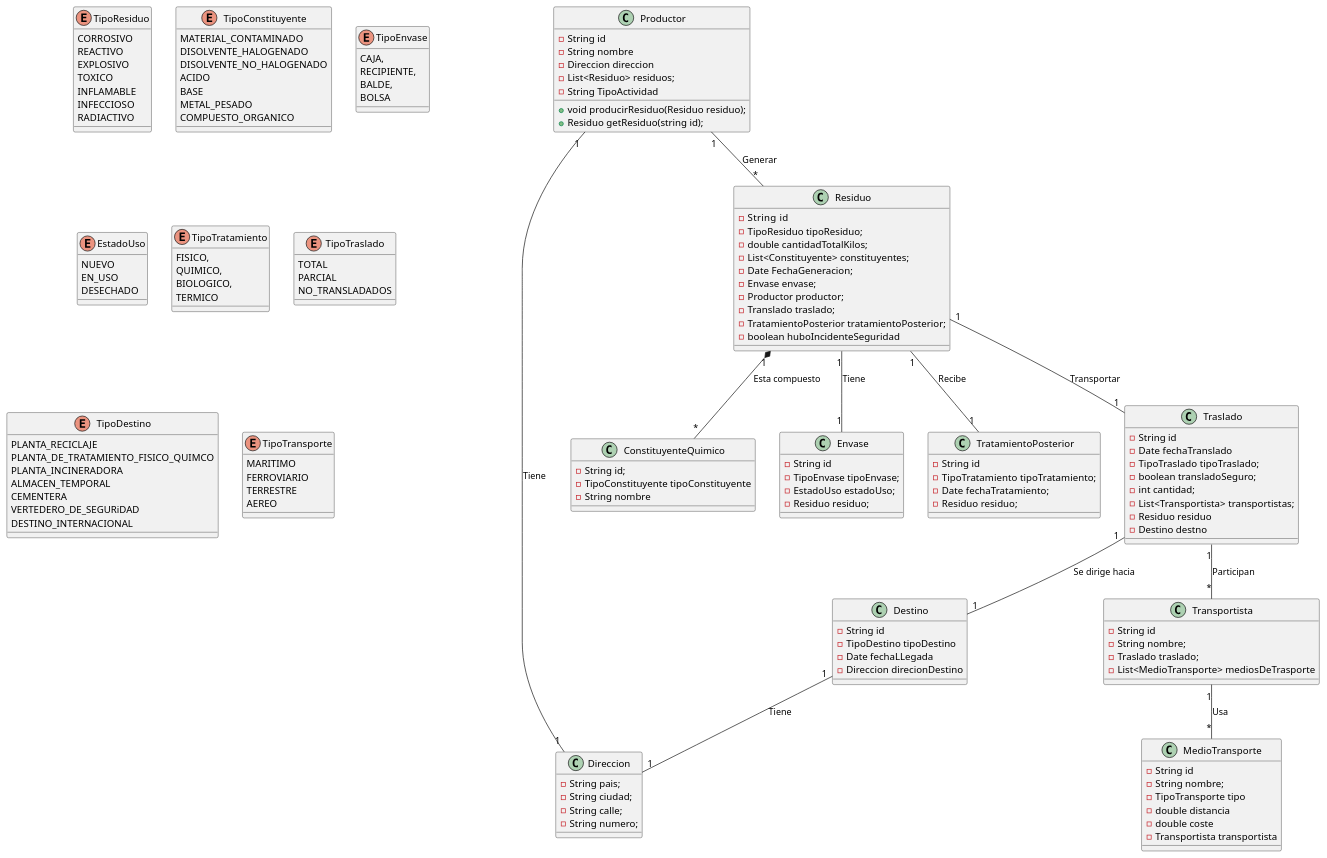
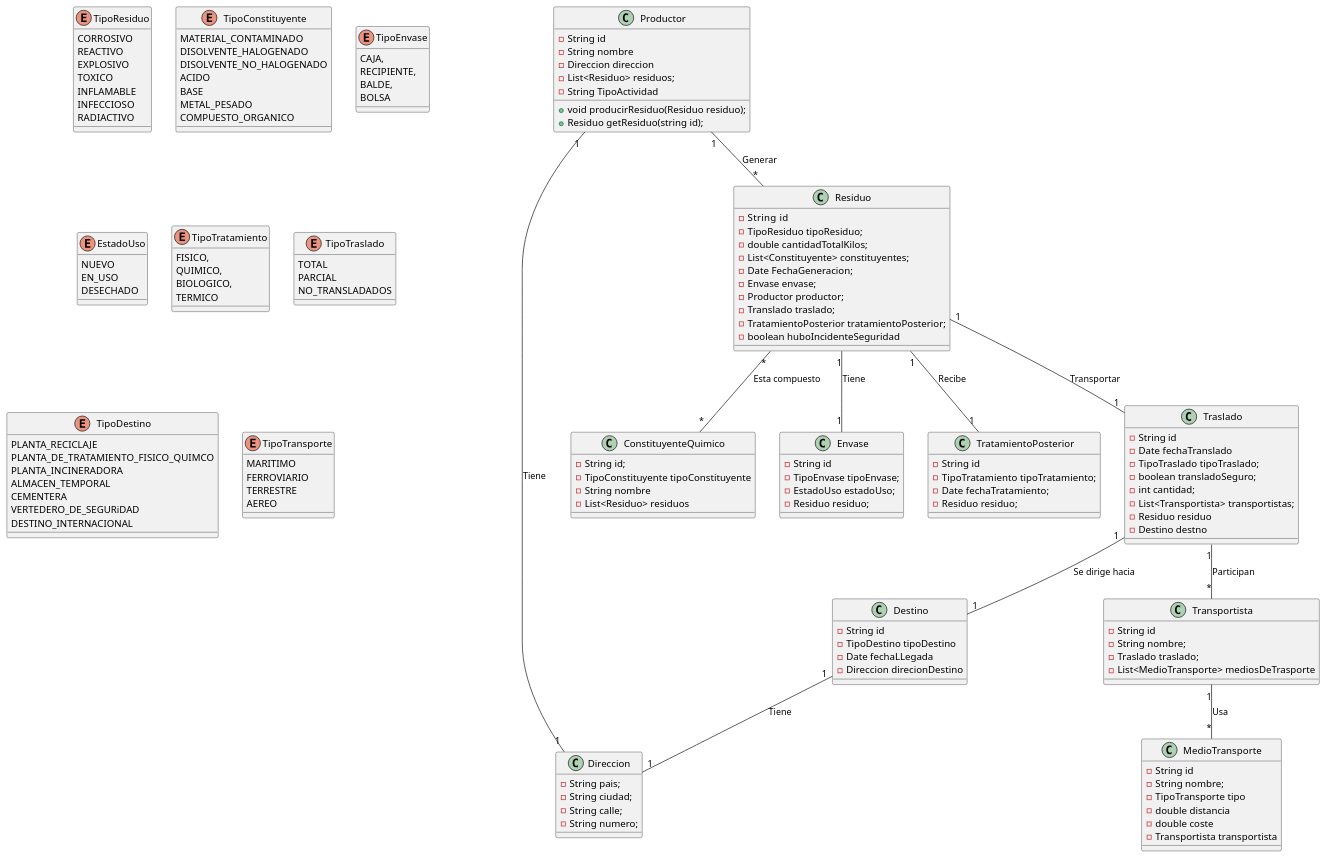
Before and after one commit to Blackaringo/JDesechosFabrica: the diagram in src/jdesechosfabrica/Documentacion/Diagrama_de_clases_conceptual.puml, drawn with PlantUML. The commit also changed 35 other files, not shown here.

```diff
--- a/src/jdesechosfabrica/Documentacion/Diagrama_de_clases_conceptual.puml
+++ b/src/jdesechosfabrica/Documentacion/Diagrama_de_clases_conceptual.puml
@@ -1,160 +1,161 @@
 @startuml
 class Productor{
     - String id
     - String nombre
     - Direccion direccion
     - List<Residuo> residuos;
     - String TipoActividad
     
     + void producirResiduo(Residuo residuo);
     + Residuo getResiduo(string id); 
 }
 
 class Direccion{
     - String pais;
     - String ciudad;
     - String calle;
     - String numero;
 }
 
 enum TipoResiduo{
     CORROSIVO
     REACTIVO
     EXPLOSIVO
     TOXICO
     INFLAMABLE
     INFECCIOSO
     RADIACTIVO
 }
 
 class Residuo{
     - String  id
     - TipoResiduo tipoResiduo;
     - double cantidadTotalKilos;
     - List<Constituyente> constituyentes;
     - Date FechaGeneracion;
     - Envase envase;
     - Productor productor;
     - Translado traslado;
     - TratamientoPosterior tratamientoPosterior;
     - boolean huboIncidenteSeguridad
 }
 enum TipoConstituyente{
     MATERIAL_CONTAMINADO
     DISOLVENTE_HALOGENADO
     DISOLVENTE_NO_HALOGENADO
     ACIDO
     BASE
     METAL_PESADO
     COMPUESTO_ORGANICO
 }
 
 
 class ConstituyenteQuimico{
     - String id;
     - TipoConstituyente tipoConstituyente
     - String nombre
+    - List<Residuo> residuos 
 }
 
 enum TipoEnvase{
     CAJA,
     RECIPIENTE,
     BALDE,
     BOLSA
 }
 
 enum EstadoUso{
     NUEVO
     EN_USO
     DESECHADO
 }
 
 class Envase{
     - String id
     - TipoEnvase tipoEnvase;
     - EstadoUso estadoUso;
     - Residuo residuo;
 }
 
 class Transportista{
     - String id
     - String nombre;
     - Traslado traslado;
     - List<MedioTransporte> mediosDeTrasporte
 }
 
 enum TipoTratamiento{
     FISICO,
     QUIMICO,
     BIOLOGICO,
     TERMICO
 }
 
 class TratamientoPosterior{
     - String id
     - TipoTratamiento tipoTratamiento;
     - Date fechaTratamiento;
     - Residuo residuo;
 }
 
 enum TipoTraslado{
 TOTAL
 PARCIAL
 NO_TRANSLADADOS
 }
 
 class Traslado{
     - String id
     - Date fechaTranslado
     - TipoTraslado tipoTraslado;
     - boolean transladoSeguro;
     - int cantidad;
     - List<Transportista> transportistas;
     - Residuo residuo
     - Destino destno
 }
 
 enum TipoDestino {
   PLANTA_RECICLAJE
   PLANTA_DE_TRATAMIENTO_FISICO_QUIMCO
   PLANTA_INCINERADORA
   ALMACEN_TEMPORAL
   CEMENTERA
   VERTEDERO_DE_SEGURiDAD
   DESTINO_INTERNACIONAL
 }
 
 class Destino{
     - String id
     - TipoDestino tipoDestino
     - Date fechaLLegada
     - Direccion direcionDestino
 }
 
 enum TipoTransporte {
     MARITIMO
     FERROVIARIO
     TERRESTRE
     AEREO
 }
 
 class MedioTransporte{
     - String id
     - String nombre;
     - TipoTransporte tipo
     - double distancia
     - double coste 
     - Transportista transportista
 }
 
 Productor "1" -- "*" Residuo : Generar
 Residuo "1" -- "1" Traslado : Transportar
 Traslado "1" -- "*" Transportista : Participan
 Transportista "1" -- "*" MedioTransporte : Usa
-Residuo "1"  *-- "*" ConstituyenteQuimico : Esta compuesto
+Residuo "*"  -- "*" ConstituyenteQuimico : Esta compuesto
 Residuo "1" -- "1" Envase : Tiene
 Residuo "1" -- "1" TratamientoPosterior : Recibe 
 Productor "1" -- "1" Direccion : Tiene 
 Traslado "1" -- "1" Destino : Se dirige hacia
 Destino "1" -- "1" Direccion : Tiene
 @enduml
```
